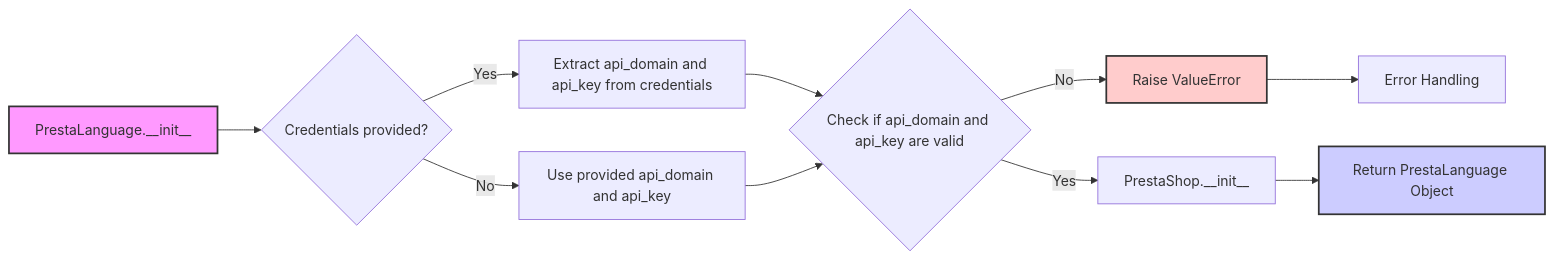
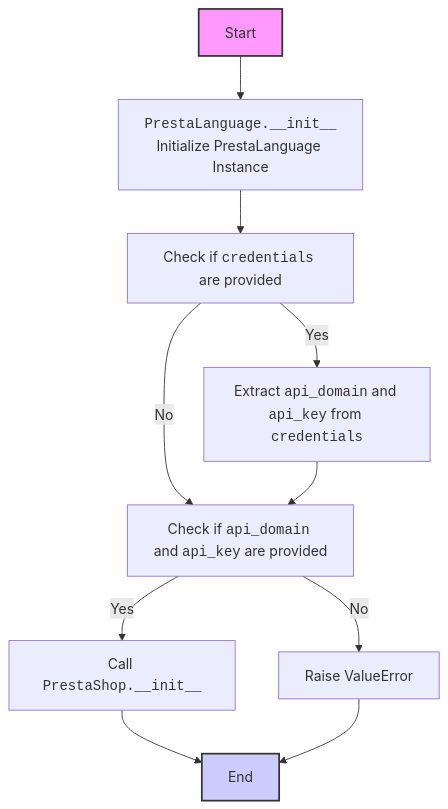
Before and after one commit to hypo69/hypo: the third of 4 diagrams in docs/gemini/ru/explainer/src/endpoints/prestashop/language.py.md, drawn with Mermaid. The commit also changed other lines of this file and 6031 other files, not shown here.

````diff
--- a/docs/gemini/ru/explainer/src/endpoints/prestashop/language.py.md
+++ b/docs/gemini/ru/explainer/src/endpoints/prestashop/language.py.md
@@ -27,16 +63,16 @@
 ```mermaid
-graph LR
-    A[PrestaLanguage.__init__] --> B{Credentials provided?};
-    B -- Yes --> C[Extract api_domain and api_key from credentials];
-    B -- No --> D[Use provided api_domain and api_key];
-    C --> E{Check if api_domain and api_key are valid};
-    D --> E
-    E -- No --> F[Raise ValueError]
-    E -- Yes --> G[PrestaShop.__init__];
-    G --> H[Return PrestaLanguage Object];
-    F --> I[Error Handling];
-   
-    style A fill:#f9f,stroke:#333,stroke-width:2px
-    style H fill:#ccf,stroke:#333,stroke-width:2px
-    style F fill:#fcc,stroke:#333,stroke-width:2px
+flowchart TD
+    Start --> PrestaLanguageInit[<code>PrestaLanguage.__init__</code><br>Initialize PrestaLanguage Instance];
+    PrestaLanguageInit --> CheckCredentials[Check if <code>credentials</code> are provided];
+    CheckCredentials -- Yes --> ExtractCredentials[Extract <code>api_domain</code> and <code>api_key</code> from <code>credentials</code>];
+    CheckCredentials -- No --> CheckApiKeys[Check if <code>api_domain</code> and <code>api_key</code> are provided];
+    ExtractCredentials --> CheckApiKeys;
+    CheckApiKeys -- No --> RaiseError[Raise ValueError];
+    CheckApiKeys -- Yes --> ParentInit[Call <code>PrestaShop.__init__</code>];
+    ParentInit --> End[End];
+
+    RaiseError --> End;
+
+    style Start fill:#f9f,stroke:#333,stroke-width:2px
+    style End fill:#ccf,stroke:#333,stroke-width:2px
 ```
````
